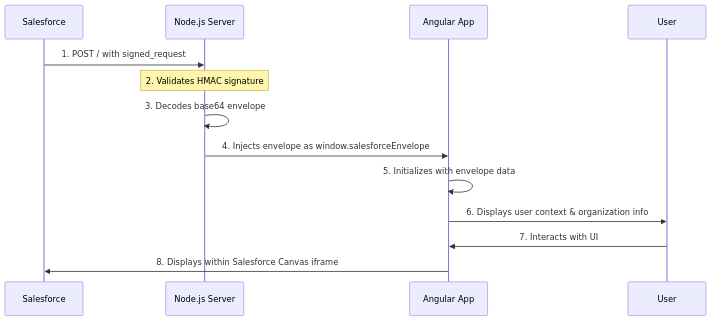
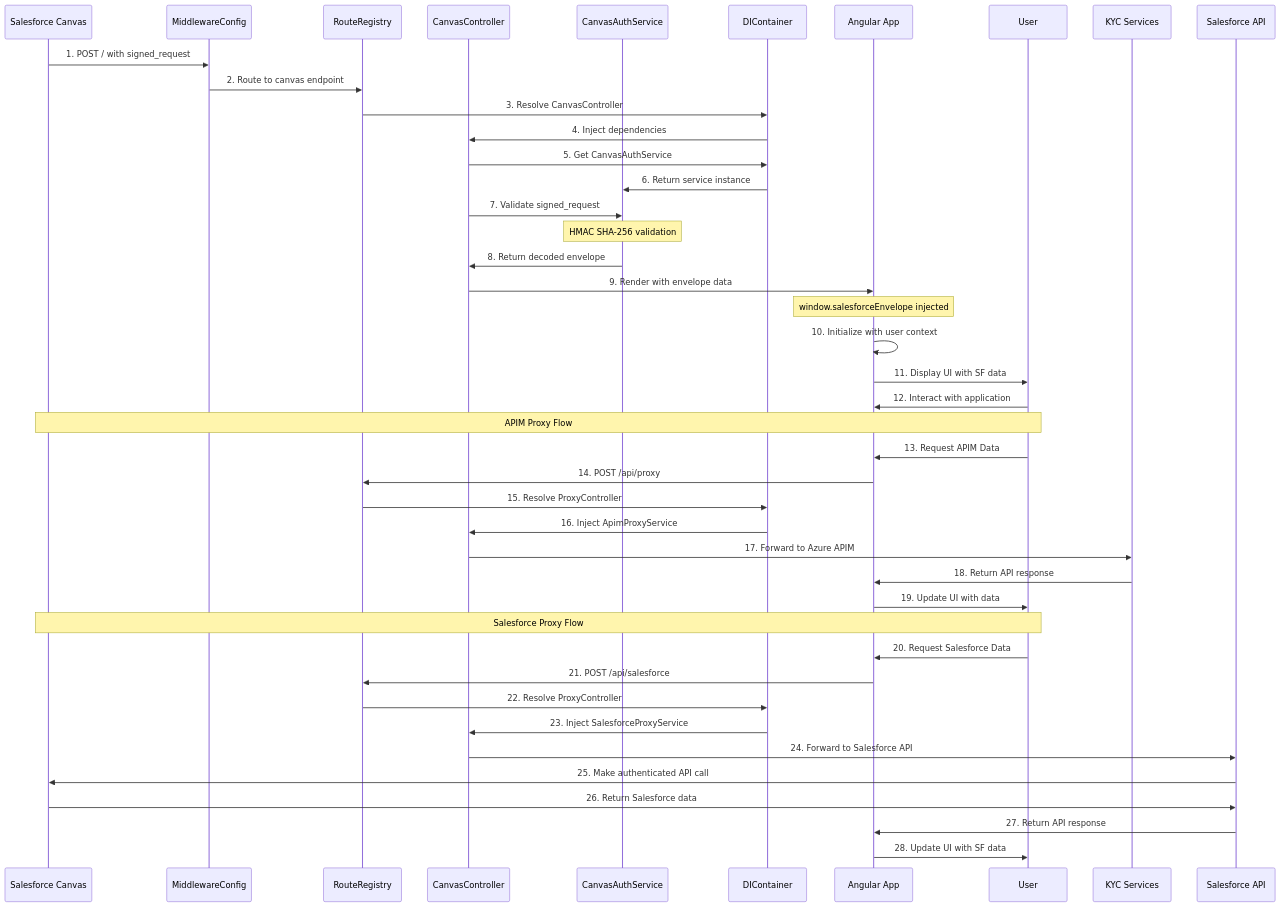
One commit to diegomejiaio/nodeserver-angular-salesforce-canvas-webapp changed the second of 2 diagrams in readme.md. Above: the diagram before and after it, drawn with Mermaid. The commit also changed other lines of this file and 3 other files, not shown here.

Commit message:
feat: Add MIT License and enhance README with backend architecture details

````diff
--- a/readme.md
+++ b/readme.md
@@ -34,16 +91,48 @@
 ```mermaid
 sequenceDiagram
-    participant SF as Salesforce
-    participant Node as Node.js Server
+    participant SF as Salesforce Canvas
+    participant MW as MiddlewareConfig
+    participant RR as RouteRegistry
+    participant CC as CanvasController
+    participant CAS as CanvasAuthService
+    participant DI as DIContainer
     participant Angular as Angular App
     participant User as User
+    participant K as KYC Services
+    participant L as Salesforce API
 
-    SF->>Node: 1. POST / with signed_request
-    Note over Node: 2. Validates HMAC signature
-    Node->>Node: 3. Decodes base64 envelope
-    Node->>Angular: 4. Injects envelope as window.salesforceEnvelope
-    Angular->>Angular: 5. Initializes with envelope data
-    Angular->>User: 6. Displays user context & organization info
-    User->>Angular: 7. Interacts with UI
-    Angular->>SF: 8. Displays within Salesforce Canvas iframe
+    SF->>MW: 1. POST / with signed_request
+    MW->>RR: 2. Route to canvas endpoint
+    RR->>DI: 3. Resolve CanvasController
+    DI->>CC: 4. Inject dependencies
+    CC->>DI: 5. Get CanvasAuthService
+    DI->>CAS: 6. Return service instance
+    CC->>CAS: 7. Validate signed_request
+    Note over CAS: HMAC SHA-256 validation
+    CAS->>CC: 8. Return decoded envelope
+    CC->>Angular: 9. Render with envelope data
+    Note over Angular: window.salesforceEnvelope injected
+    Angular->>Angular: 10. Initialize with user context
+    Angular->>User: 11. Display UI with SF data
+    User->>Angular: 12. Interact with application
+    
+    Note over SF,User: APIM Proxy Flow
+    User->>Angular: 13. Request APIM Data
+    Angular->>RR: 14. POST /api/proxy
+    RR->>DI: 15. Resolve ProxyController
+    DI->>CC: 16. Inject ApimProxyService
+    CC->>K: 17. Forward to Azure APIM
+    K->>Angular: 18. Return API response
+    Angular->>User: 19. Update UI with data
+
+    Note over SF,User: Salesforce Proxy Flow
+    User->>Angular: 20. Request Salesforce Data
+    Angular->>RR: 21. POST /api/salesforce
+    RR->>DI: 22. Resolve ProxyController
+    DI->>CC: 23. Inject SalesforceProxyService
+    CC->>L: 24. Forward to Salesforce API
+    L->>SF: 25. Make authenticated API call
+    SF->>L: 26. Return Salesforce data
+    L->>Angular: 27. Return API response
+    Angular->>User: 28. Update UI with SF data
 ```
````
